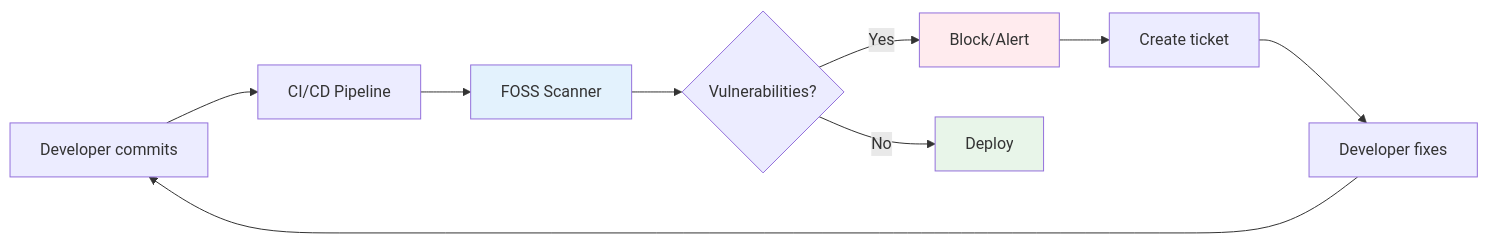
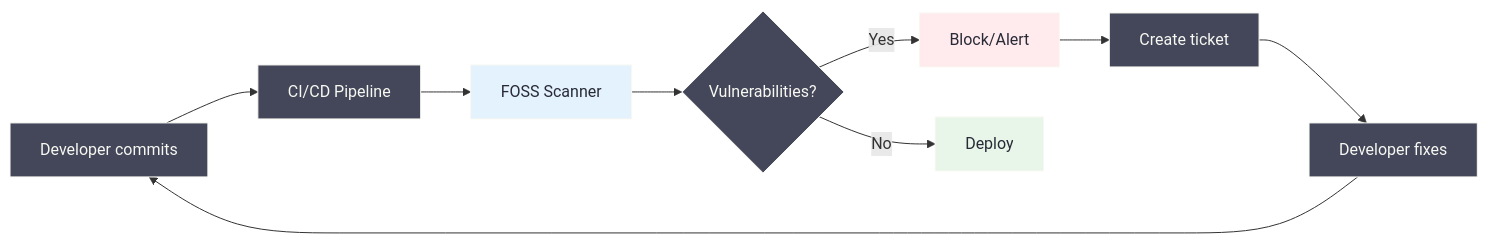
Before and after one commit to IndrajeetPatil/foss-for-enterprise: the second of 2 diagrams in index.qmd, drawn with Mermaid. The commit also changed other lines of this file and 7 other files, not shown here.

````diff
--- a/index.qmd
+++ b/index.qmd
@@ -842,17 +843,18 @@
 ```{mermaid}
 %%| eval: true
 %%| echo: false
 flowchart LR
     A[Developer commits] --> B[CI/CD Pipeline]
     B --> C[FOSS Scanner]
     C --> D{Vulnerabilities?}
     D -->|Yes| E[Block/Alert]
     D -->|No| F[Deploy]
     E --> G[Create ticket]
     G --> H[Developer fixes]
     H --> A
 
-    style C fill:#e3f2fd
-    style E fill:#ffebee
-    style F fill:#e8f5e9
+    classDef default fill:#44475a,stroke:#f8f8f2,color:#f8f8f2
+    style C fill:#e3f2fd,color:#282a36
+    style E fill:#ffebee,color:#282a36
+    style F fill:#e8f5e9,color:#282a36
 ```
````
